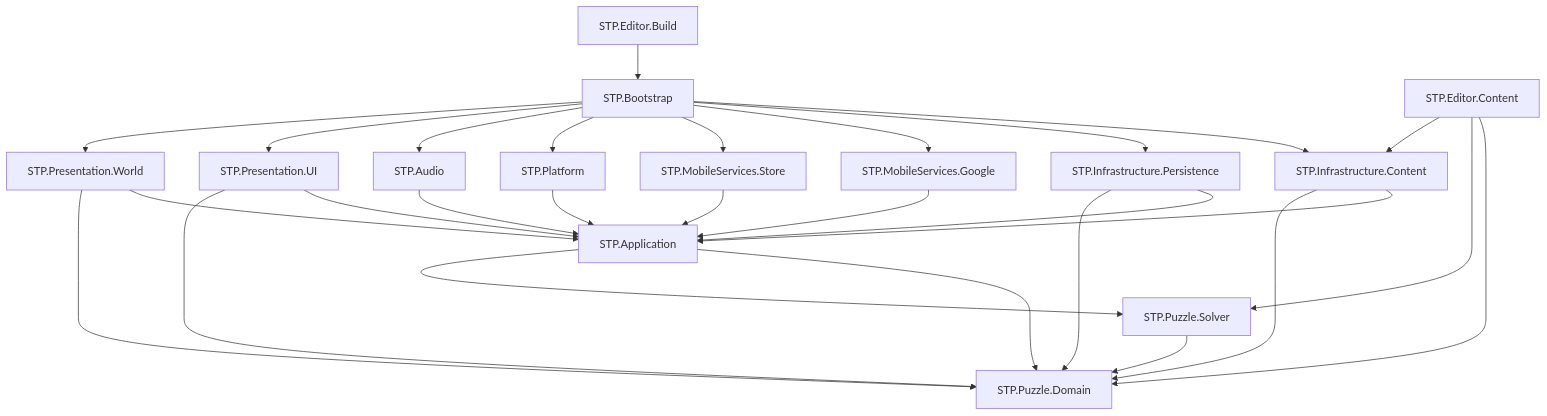
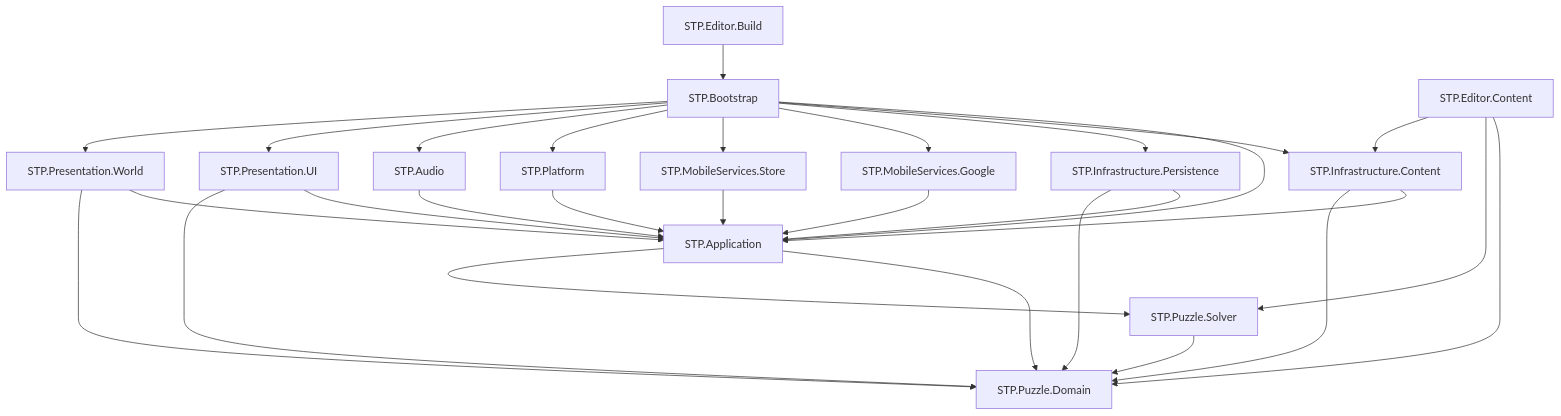
One commit to Al1l1l1l1l1/Stammstrecken-Puzzle changed the diagram in ARCHITECTURE/MODULE_BOUNDARIES.md. Above: the diagram before and after it, drawn with Mermaid. The commit also changed other lines of this file and 60 other files, not shown here.

Commit message:
docs(architecture): address Astra final review findings for v0.3

````diff
--- a/ARCHITECTURE/MODULE_BOUNDARIES.md
+++ b/ARCHITECTURE/MODULE_BOUNDARIES.md
@@ -99,31 +99,32 @@
 ```mermaid
 flowchart TD
     Domain[STP.Puzzle.Domain]
     Solver[STP.Puzzle.Solver] --> Domain
     App[STP.Application] --> Domain
     App --> Solver
     Content[STP.Infrastructure.Content] --> App
     Content --> Domain
     Persist[STP.Infrastructure.Persistence] --> App
     Persist --> Domain
     Google[STP.MobileServices.Google] --> App
     Store[STP.MobileServices.Store] --> App
     Platform[STP.Platform] --> App
     Audio[STP.Audio] --> App
     UI[STP.Presentation.UI] --> App
     UI --> Domain
     World[STP.Presentation.World] --> App
     World --> Domain
-    Bootstrap[STP.Bootstrap] --> Content
+    Bootstrap[STP.Bootstrap] --> App
+    Bootstrap --> Content
     Bootstrap --> Persist
     Bootstrap --> Google
     Bootstrap --> Store
     Bootstrap --> Platform
     Bootstrap --> Audio
     Bootstrap --> UI
     Bootstrap --> World
     EditorContent[STP.Editor.Content] --> Domain
     EditorContent --> Solver
     EditorContent --> Content
     EditorBuild[STP.Editor.Build] --> Bootstrap
 ```
````
